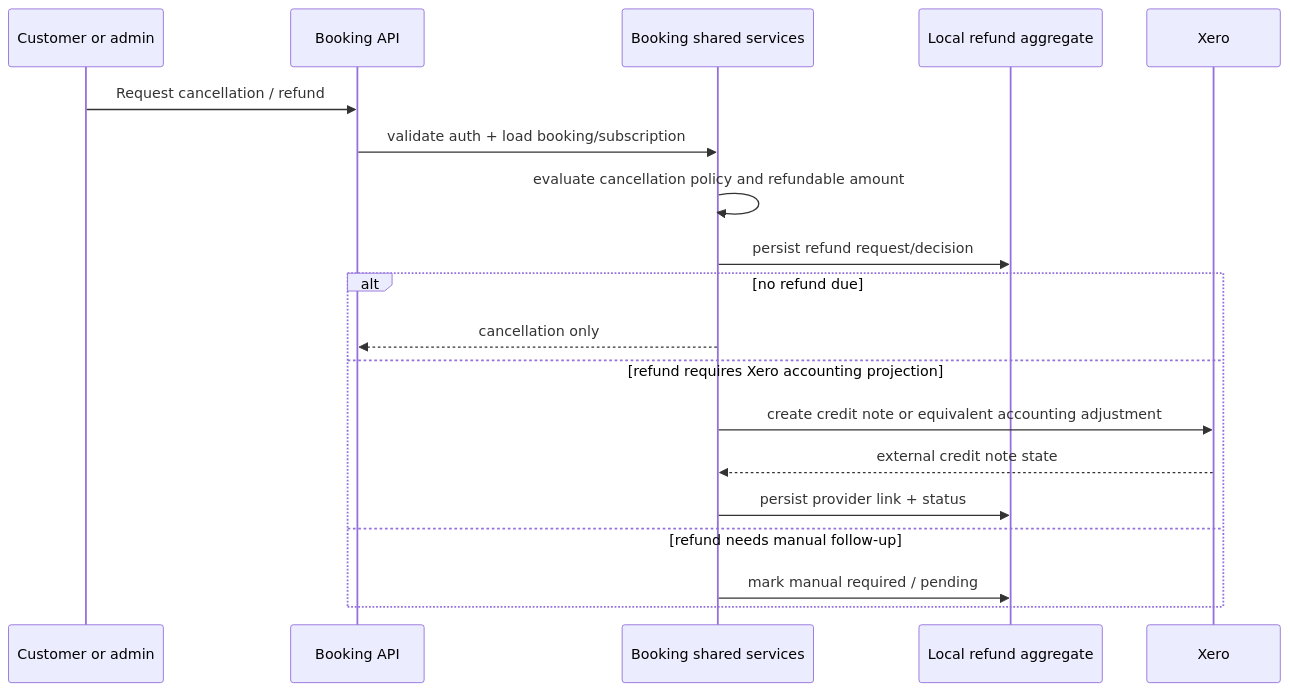
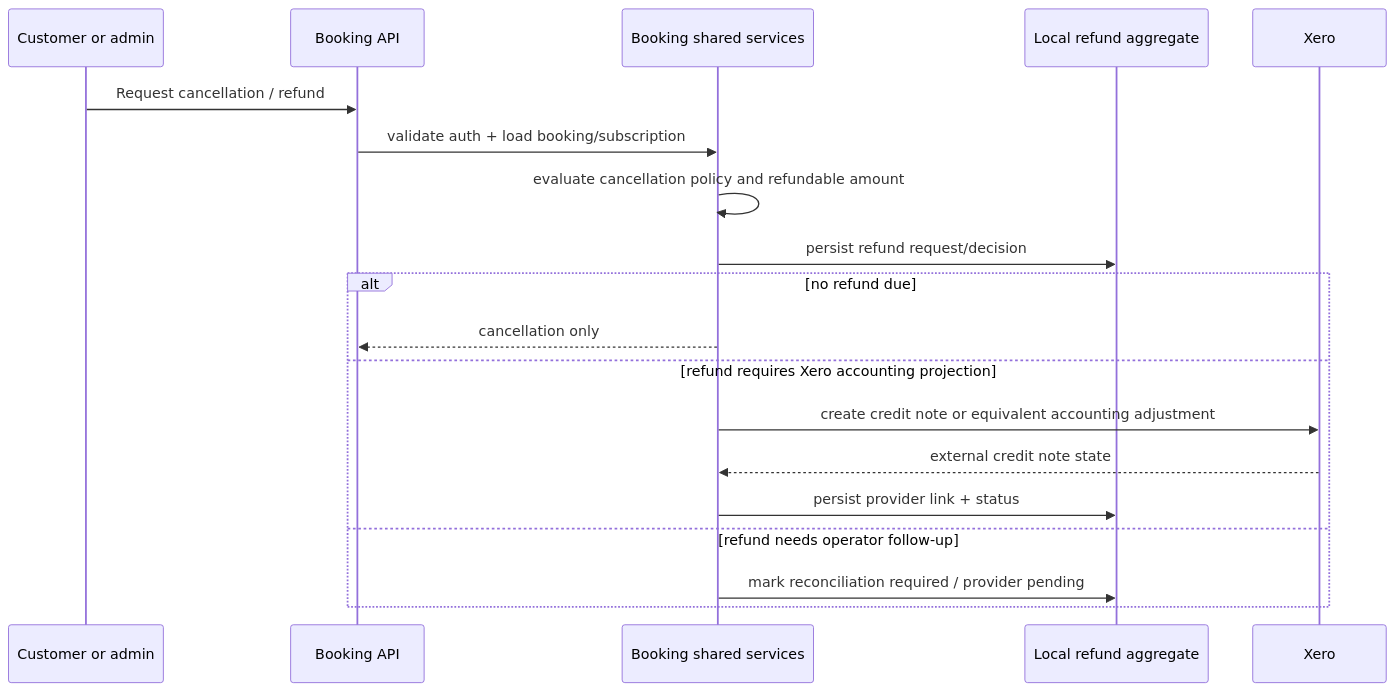
Before and after one commit to skedular/skedular: the tenth of 11 diagrams in src/booking/docs/architecture/booking-domain-architecture.md, drawn with Mermaid. The commit also changed other lines of this file and 425 other files, not shown here.

First line of the commit message:
feat(refunds): add reliable refund workflows and reconciliation (#171)

````diff
--- a/src/booking/docs/architecture/booking-domain-architecture.md
+++ b/src/booking/docs/architecture/booking-domain-architecture.md
@@ -594,23 +594,23 @@
 ```mermaid
 sequenceDiagram
     participant User as Customer or admin
     participant API as Booking API
     participant Shared as Booking shared services
     participant Refund as Local refund aggregate
     participant Xero as Xero
 
     User->>API: Request cancellation / refund
     API->>Shared: validate auth + load booking/subscription
     Shared->>Shared: evaluate cancellation policy and refundable amount
     Shared->>Refund: persist refund request/decision
 
     alt no refund due
         Shared-->>API: cancellation only
     else refund requires Xero accounting projection
         Shared->>Xero: create credit note or equivalent accounting adjustment
         Xero-->>Shared: external credit note state
         Shared->>Refund: persist provider link + status
-    else refund needs manual follow-up
-        Shared->>Refund: mark manual required / pending
+    else refund needs operator follow-up
+        Shared->>Refund: mark reconciliation required / provider pending
     end
 ```
````
